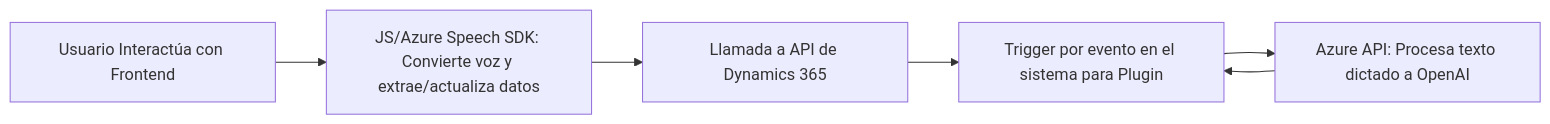
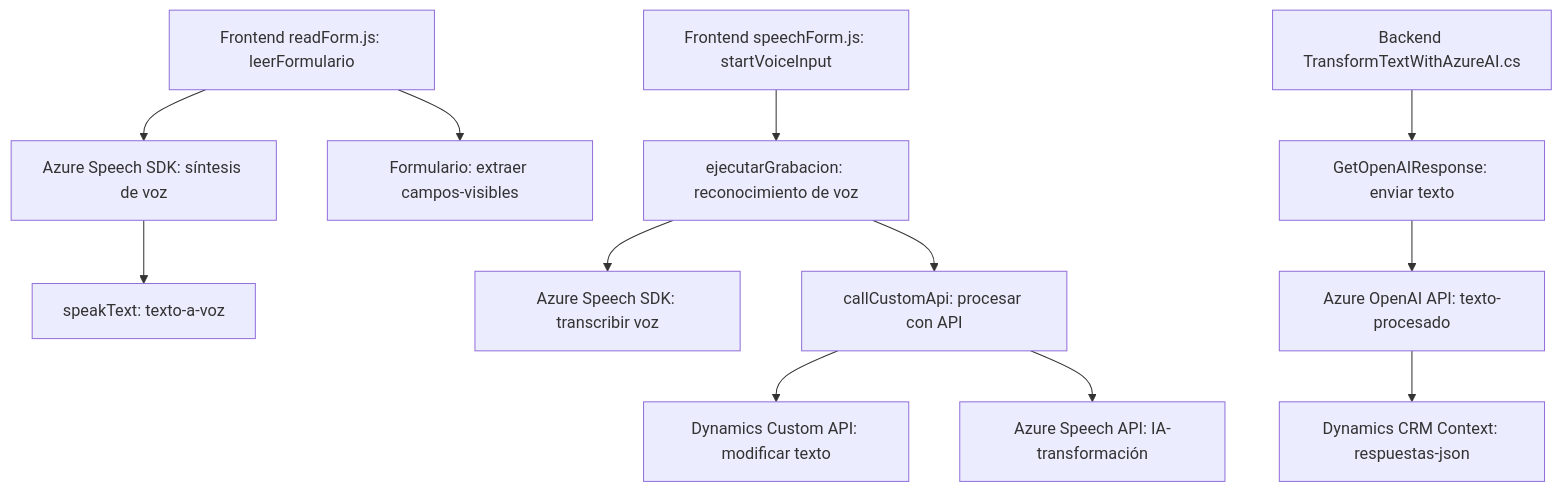
One commit to blopezdm/NETCORE_BILBAO2025 changed the diagram in README.md. Above: the diagram before and after it, drawn with Mermaid. The commit also changed other lines of this file, not shown here.

Commit message:
Actualizar análisis global de la solución con IA

````diff
--- a/README.md
+++ b/README.md
@@ -48,13 +54,14 @@
 ```mermaid
-graph LR
-    A["Usuario Interactúa con Frontend"]
-    B["Frontend: Procesamiento de voz con SDK de Azure"]
-    C["API de Dynamics 365"]
-    D["Plugin en Back-end: Procesamiento con Azure OpenAI"]
-
-    A --> B["JS/Azure Speech SDK: Convierte voz y extrae/actualiza datos"]
-    B --> C["Llamada a API de Dynamics 365"]
-    C --> D["Trigger por evento en el sistema para Plugin"]
-    D --> E["Azure API: Procesa texto dictado a OpenAI"]
-    E --> D
+graph TD
+    A["Frontend readForm.js: leerFormulario"] --> B["Azure Speech SDK: síntesis de voz"]
+    A --> C["Formulario: extraer campos-visibles"]
+    B --> D["speakText: texto-a-voz"]
+    E["Frontend speechForm.js: startVoiceInput"] --> F["ejecutarGrabacion: reconocimiento de voz"]
+    F --> G["Azure Speech SDK: transcribir voz"]
+    F --> H["callCustomApi: procesar con API"]
+    H --> I["Dynamics Custom API: modificar texto"]
+    H --> J["Azure Speech API: IA-transformación"]
+    K["Backend TransformTextWithAzureAI.cs"] --> L["GetOpenAIResponse: enviar texto"]
+    L --> M["Azure OpenAI API: texto-procesado"]
+    M --> N["Dynamics CRM Context: respuestas-json"]
 ```
````
